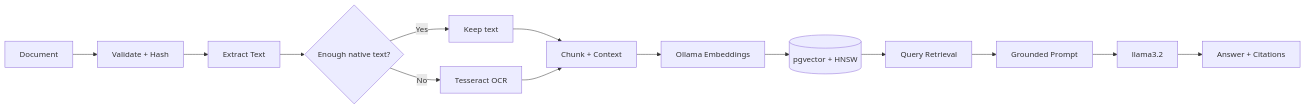
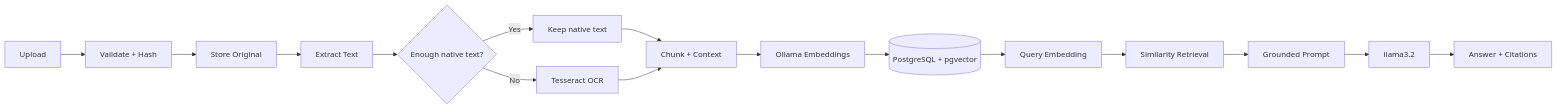
The second of 2 diagrams in README.md (fizzahussain/Rag-Document-Assistant), drawn with Mermaid before and after one commit. The commit also changed other lines of this file, not shown here.

````diff
--- a/README.md
+++ b/README.md
@@ -68,16 +73,18 @@
 ```mermaid
 flowchart LR
-    A[Document] --> B[Validate + Hash]
-    B --> C[Extract Text]
-    C --> D{Enough native text?}
-    D -- Yes --> E[Keep text]
-    D -- No --> F[Tesseract OCR]
-    E --> G[Chunk + Context]
-    F --> G
-    G --> H[Ollama Embeddings]
-    H --> I[(pgvector + HNSW)]
-    I --> J[Query Retrieval]
-    J --> K[Grounded Prompt]
-    K --> L[llama3.2]
-    L --> M[Answer + Citations]
+    A[Upload] --> B[Validate + Hash]
+    B --> C[Store Original]
+    C --> D[Extract Text]
+    D --> E{Enough native text?}
+    E -- Yes --> F[Keep native text]
+    E -- No --> G[Tesseract OCR]
+    F --> H[Chunk + Context]
+    G --> H
+    H --> I[Ollama Embeddings]
+    I --> J[(PostgreSQL + pgvector)]
+    J --> K[Query Embedding]
+    K --> L[Similarity Retrieval]
+    L --> M[Grounded Prompt]
+    M --> N[llama3.2]
+    N --> O[Answer + Citations]
 ```
````
